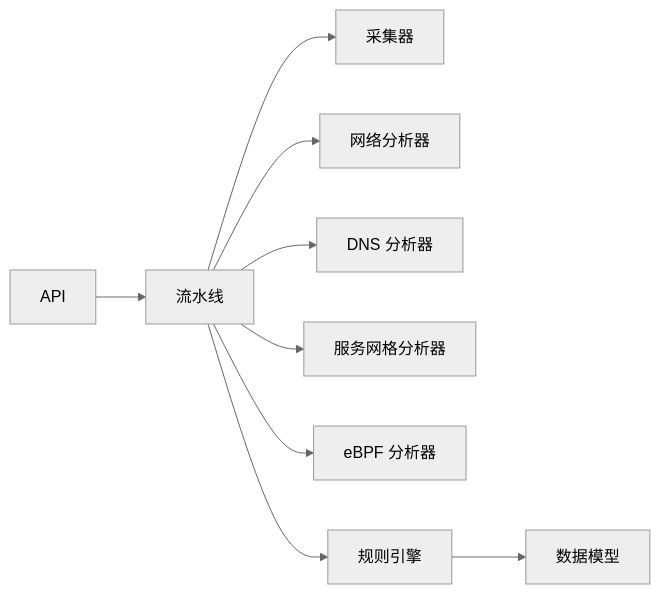
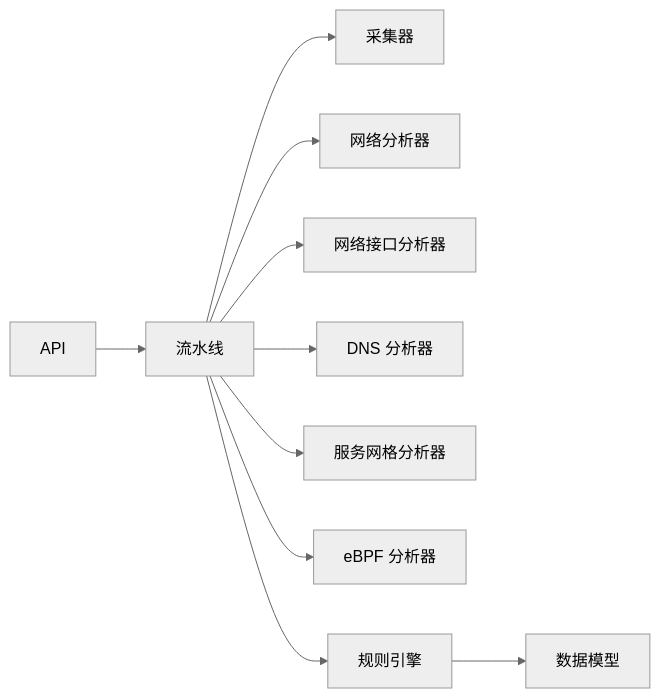
One commit to kudig-io/klaw changed the tenth of 10 diagrams in .qoder/repowiki/zh/content/核心功能/网络分析诊断.md. Above: the diagram before and after it, drawn with Mermaid (neutral theme). The commit also changed other lines of this file and 48 other files, not shown here.

````diff
--- a/.qoder/repowiki/zh/content/核心功能/网络分析诊断.md
+++ b/.qoder/repowiki/zh/content/核心功能/网络分析诊断.md
@@ -382,11 +473,12 @@
 ```mermaid
 graph LR
 API["API"] --> Pipeline["流水线"]
 Pipeline --> Collector["采集器"]
 Pipeline --> NetA["网络分析器"]
+Pipeline --> NetworkA["网络接口分析器"]
 Pipeline --> DNSA["DNS 分析器"]
 Pipeline --> MeshA["服务网格分析器"]
 Pipeline --> EBPF["eBPF 分析器"]
 Pipeline --> Rules["规则引擎"]
 Rules --> Types["数据模型"]
 ```
````
